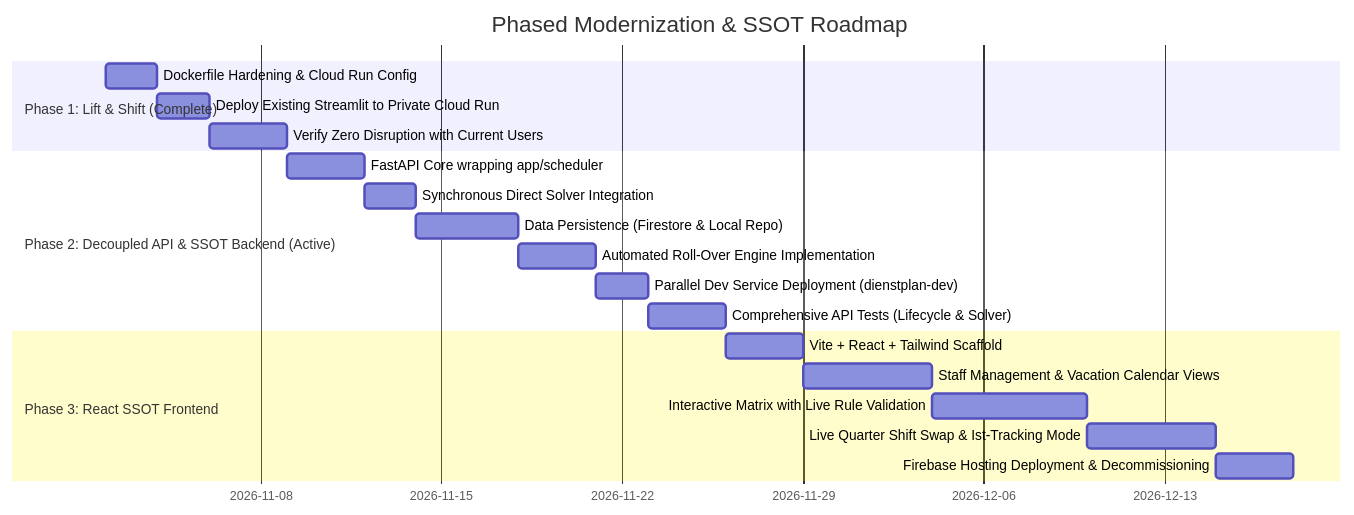
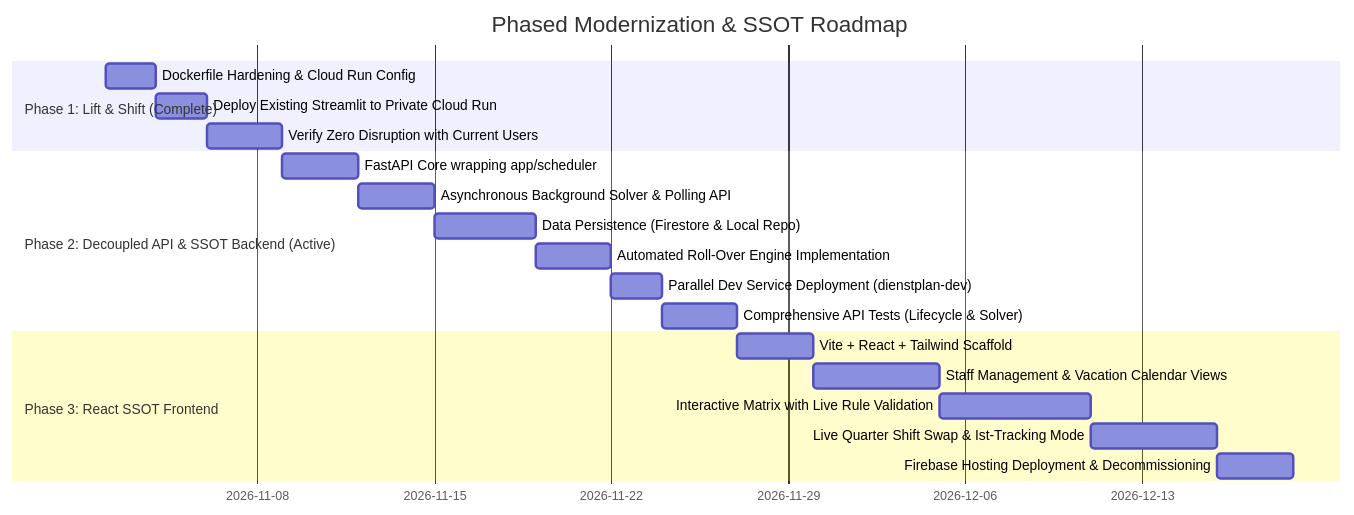
The fourth of 4 diagrams in documentation/PRDs/PRD_gcp_cloud_run_migration_and_modernization.md (ekovanda/scheduling), drawn with Mermaid before and after one commit. The commit also changed other lines of this file, not shown here.

Commit message:
docs(prd): specify asynchronous background solver and Cloud Run long-solve resiliency

````diff
--- a/documentation/PRDs/PRD_gcp_cloud_run_migration_and_modernization.md
+++ b/documentation/PRDs/PRD_gcp_cloud_run_migration_and_modernization.md
@@ -411,24 +507,24 @@
 ```mermaid
 gantt
     title Phased Modernization & SSOT Roadmap
     dateFormat  YYYY-MM-DD
     section Phase 1: Lift & Shift (Complete)
     Dockerfile Hardening & Cloud Run Config       :p1_1, 2026-11-02, 2d
     Deploy Existing Streamlit to Private Cloud Run:p1_2, after p1_1, 2d
     Verify Zero Disruption with Current Users     :p1_3, after p1_2, 3d
 
     section Phase 2: Decoupled API & SSOT Backend (Active)
     FastAPI Core wrapping app/scheduler           :p2_1, after p1_3, 3d
-    Synchronous Direct Solver Integration         :p2_2, after p2_1, 2d
+    Asynchronous Background Solver & Polling API  :p2_2, after p2_1, 3d
     Data Persistence (Firestore & Local Repo)     :p2_3, after p2_2, 4d
     Automated Roll-Over Engine Implementation     :p2_4, after p2_3, 3d
     Parallel Dev Service Deployment (dienstplan-dev):p2_5, after p2_4, 2d
     Comprehensive API Tests (Lifecycle & Solver)  :p2_6, after p2_5, 3d
 
     section Phase 3: React SSOT Frontend
     Vite + React + Tailwind Scaffold              :p3_1, after p2_6, 3d
     Staff Management & Vacation Calendar Views    :p3_2, after p3_1, 5d
     Interactive Matrix with Live Rule Validation  :p3_3, after p3_2, 6d
     Live Quarter Shift Swap & Ist-Tracking Mode   :p3_4, after p3_3, 5d
     Firebase Hosting Deployment & Decommissioning :p3_5, after p3_4, 3d
 ```
````
